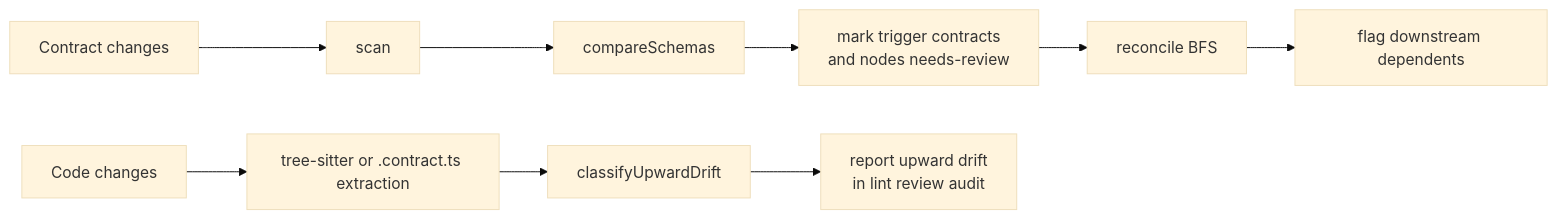
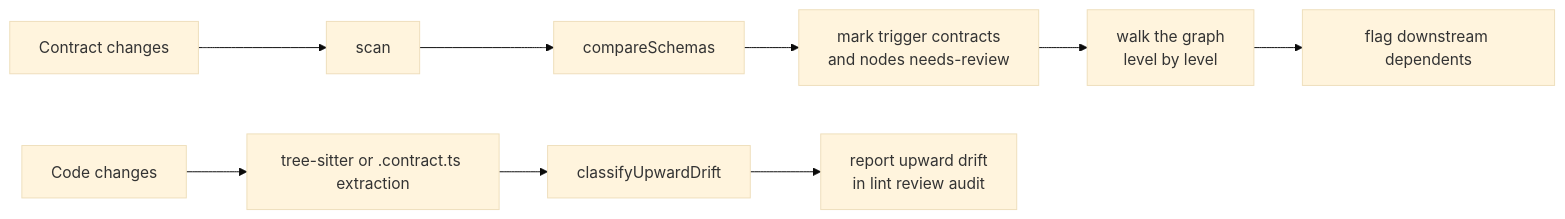
Before and after one commit to BenGardiner123/spec-ferret: the second of 2 diagrams in spec/MASTER-ARCHITECTURE.MD, drawn with Mermaid (base theme). The commit also changed other lines of this file, not shown here.

Commit message:
docs: clarify reconciler functionality and propagation methods in MASTER-ARCHITECTURE.MD

````diff
--- a/spec/MASTER-ARCHITECTURE.MD
+++ b/spec/MASTER-ARCHITECTURE.MD
@@ -573,12 +586,12 @@
 ```mermaid
 flowchart LR
 		A[Contract changes] --> B[scan]
 		B --> C[compareSchemas]
 		C --> D[mark trigger contracts\nand nodes needs-review]
-		D --> E[reconcile BFS]
+		D --> E[walk the graph\nlevel by level]
 		E --> F[flag downstream dependents]
 
 		G[Code changes] --> H[tree-sitter or .contract.ts extraction]
 		H --> I[classifyUpwardDrift]
 		I --> J[report upward drift\nin lint review audit]
 ```
````
